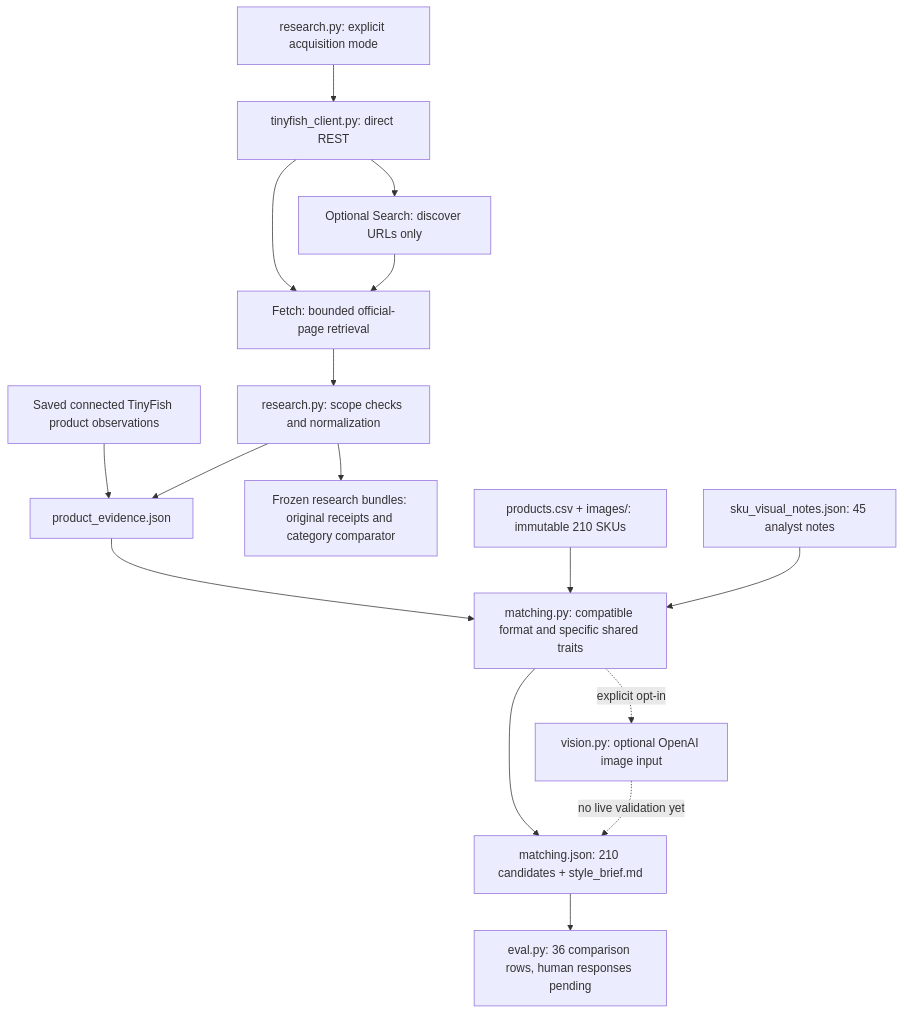
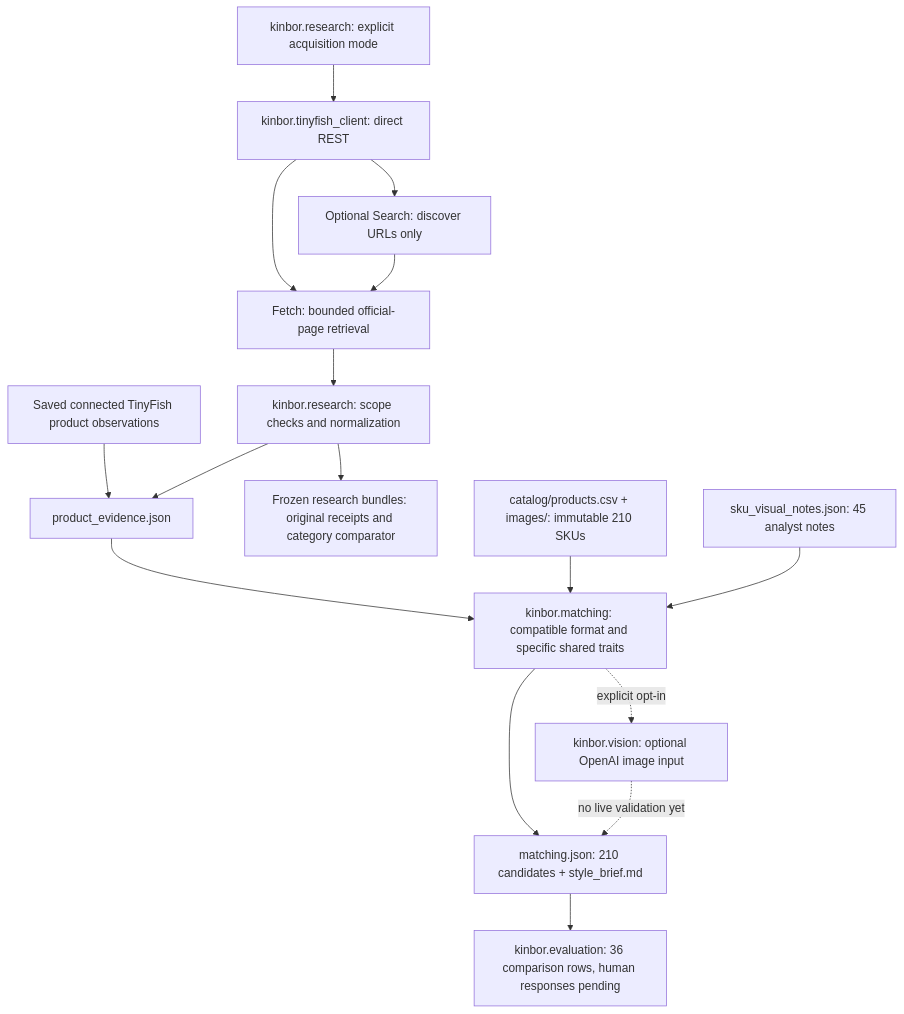
Before and after one commit to dreamsova/kinbor-retailer-intelligence: the diagram in docs/ARCHITECTURE.md, drawn with Mermaid. The commit also changed other lines of this file and 285 other files, not shown here.

````diff
--- a/docs/ARCHITECTURE.md
+++ b/docs/ARCHITECTURE.md
@@ -5,18 +5,18 @@
 ```mermaid
 flowchart TD
-    CLI[research.py: explicit acquisition mode] --> REST[tinyfish_client.py: direct REST]
+    CLI[kinbor.research: explicit acquisition mode] --> REST[kinbor.tinyfish_client: direct REST]
     REST --> SEARCH[Optional Search: discover URLs only]
     REST --> FETCH[Fetch: bounded official-page retrieval]
     SEARCH --> FETCH
-    FETCH --> NORMAL[research.py: scope checks and normalization]
+    FETCH --> NORMAL[kinbor.research: scope checks and normalization]
     CONNECTOR[Saved connected TinyFish product observations] --> PRODUCT[product_evidence.json]
     NORMAL --> PRODUCT
     NORMAL --> OLD[Frozen research bundles: original receipts and category comparator]
-    PRODUCT --> MATCH[matching.py: compatible format and specific shared traits]
-    CATALOG[products.csv + images/: immutable 210 SKUs] --> MATCH
+    PRODUCT --> MATCH[kinbor.matching: compatible format and specific shared traits]
+    CATALOG[catalog/products.csv + images/: immutable 210 SKUs] --> MATCH
     NOTES[sku_visual_notes.json: 45 analyst notes] --> MATCH
     MATCH --> OUTPUT[matching.json: 210 candidates + style_brief.md]
-    OUTPUT --> EVAL[eval.py: 36 comparison rows, human responses pending]
-    MATCH -. explicit opt-in .-> VISION[vision.py: optional OpenAI image input]
+    OUTPUT --> EVAL[kinbor.evaluation: 36 comparison rows, human responses pending]
+    MATCH -. explicit opt-in .-> VISION[kinbor.vision: optional OpenAI image input]
     VISION -. no live validation yet .-> OUTPUT
 ```
````
